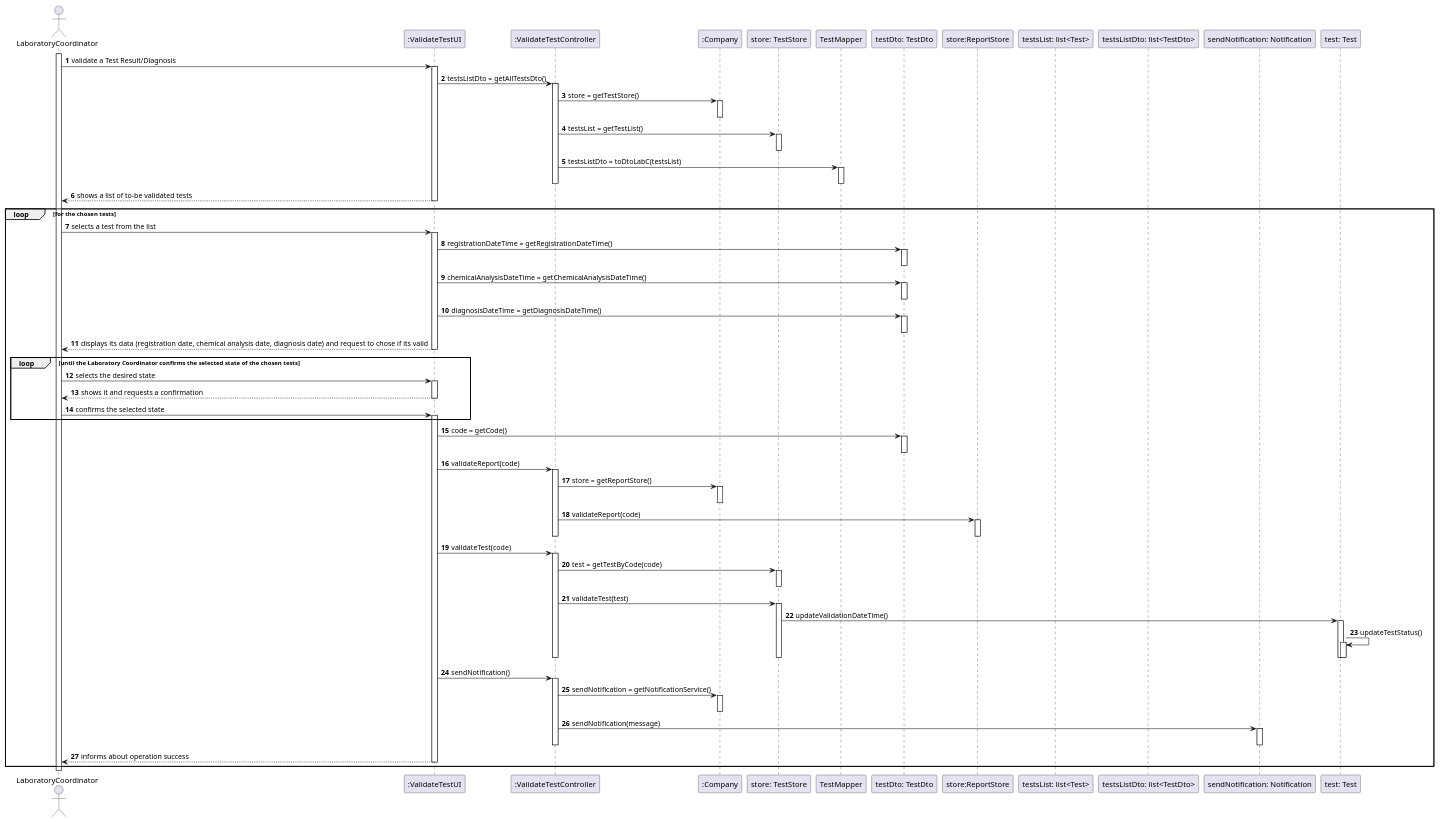
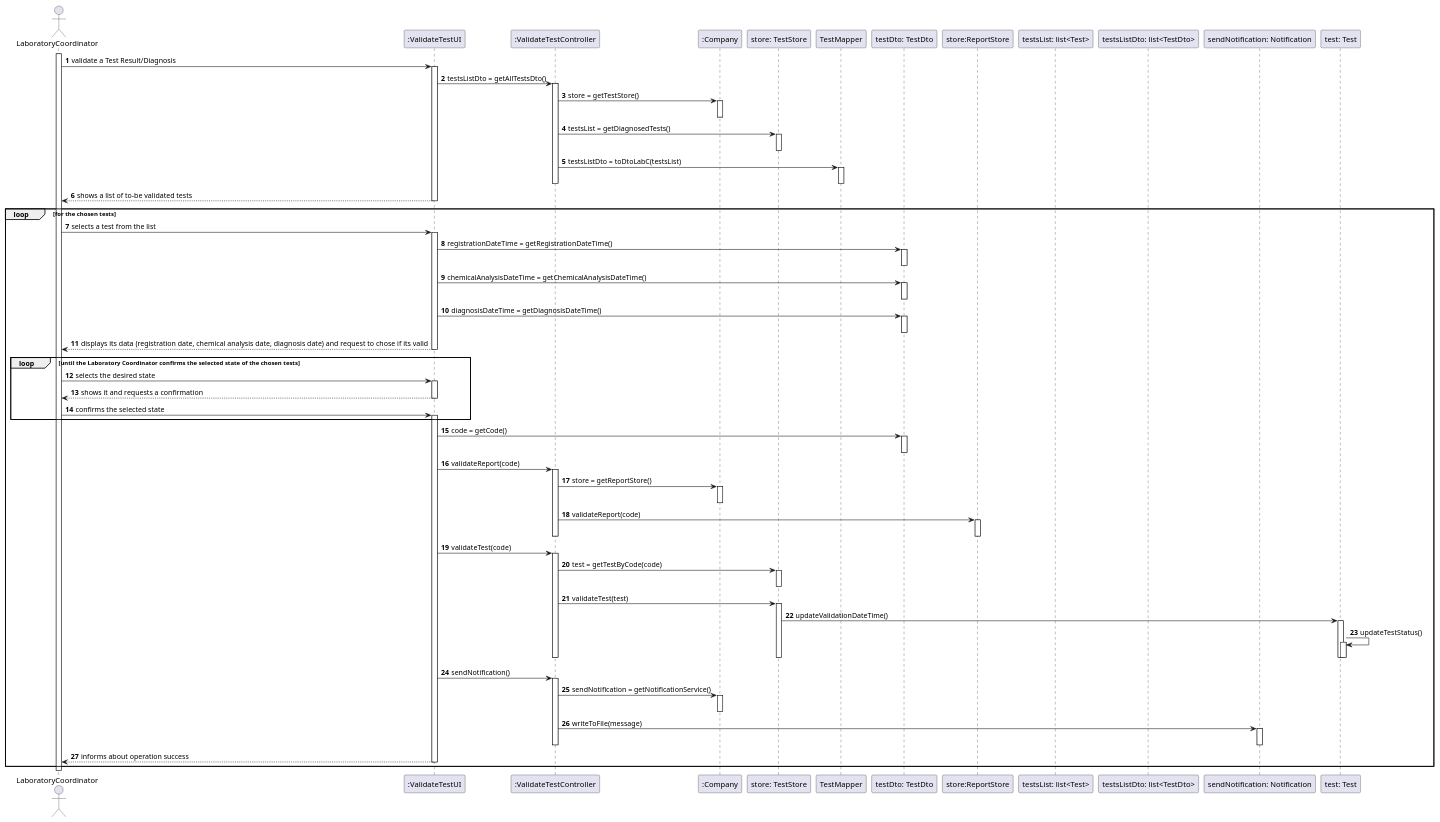
Before and after one commit to 0franciscor/lei-21-s2-1de-g19: the diagram in docs/SprintC/US15/US15-SD.puml, drawn with PlantUML. The commit also changed 8 other files, not shown here.

Commit message:
[US15] - Acréscimo de conteúdos nas classes TestStore, TestMapper, TestStoreTest.

```diff
--- a/docs/SprintC/US15/US15-SD.puml
+++ b/docs/SprintC/US15/US15-SD.puml
@@ -1,154 +1,154 @@
 @startuml
 autonumber
 
 actor "LaboratoryCoordinator" as labC
 activate labC
 
 participant ":ValidateTestUI" as validateTestUI
 participant ":ValidateTestController" as validateTestCont
 participant ":Company" as comp
 participant "store: TestStore" as TestStore
 participant "TestMapper" as TestMapper
 participant "testDto: TestDto" as TestDto
 participant "store:ReportStore" as ReportStore
 participant "testsList: list<Test>" as testsList
 participant "testsListDto: list<TestDto>" as testsListDto
 participant "sendNotification: Notification" as notification
 participant "test: Test" as test
 
 
 labC -> validateTestUI : validate a Test Result/Diagnosis
 
 
 activate validateTestUI
 validateTestUI -> validateTestCont: testsListDto = getAllTestsDto()
 
 
 activate validateTestCont
 
 
 validateTestCont -> comp : store = getTestStore()
 activate comp
 deactivate comp
 
 
-validateTestCont -> TestStore : testsList = getTestList()
+validateTestCont -> TestStore : testsList = getDiagnosedTests()
 activate TestStore
 deactivate TestStore
 
 
 validateTestCont -> TestMapper : testsListDto = toDtoLabC(testsList)
 activate TestMapper
 deactivate TestMapper
 
 
 deactivate validateTestCont
 
 
 validateTestUI --> labC : shows a list of to-be validated tests
 deactivate validateTestUI
 
 
 loop for the chosen tests
 labC -> validateTestUI : selects a test from the list
 activate validateTestUI
 
 
 validateTestUI -> TestDto : registrationDateTime = getRegistrationDateTime()
 activate TestDto
 deactivate TestDto
 
 
 validateTestUI -> TestDto : chemicalAnalysisDateTime = getChemicalAnalysisDateTime()
 activate TestDto
 deactivate TestDto
 
 
 validateTestUI -> TestDto : diagnosisDateTime = getDiagnosisDateTime()
 activate TestDto
 deactivate TestDto
 
 
 validateTestUI --> labC : displays its data (registration date, chemical analysis date, diagnosis date) and request to chose if its valid
 deactivate validateTestUI
 
 
 deactivate validateTestUI
 
 
 loop until the Laboratory Coordinator confirms the selected state of the chosen tests
 labC -> validateTestUI : selects the desired state
 activate validateTestUI
 
 
 validateTestUI --> labC : shows it and requests a confirmation
 deactivate validateTestUI
 
 labC -> validateTestUI : confirms the selected state
 activate validateTestUI
 end
 
 
 validateTestUI -> TestDto : code = getCode()
 activate TestDto
 deactivate TestDto
 
 
 validateTestUI -> validateTestCont : validateReport(code)
 
 
 
 activate validateTestCont
 validateTestCont -> comp: store = getReportStore()
 activate comp
 deactivate comp
 
 
 validateTestCont -> ReportStore : validateReport(code)
 activate ReportStore
 deactivate ReportStore
 deactivate validateTestCont
 
 validateTestUI -> validateTestCont : validateTest(code)
 activate validateTestCont
 
 
 validateTestCont -> TestStore : test = getTestByCode(code)
 
 activate TestStore
 deactivate TestStore
 
 validateTestCont -> TestStore : validateTest(test)
 activate TestStore
 
 
 TestStore -> test ++: updateValidationDateTime()
 
 
 test -> test ++: updateTestStatus()
 deactivate test
 deactivate test
 deactivate TestStore
 deactivate validateTestCont
 
 validateTestUI -> validateTestCont : sendNotification()
 activate validateTestCont
 
 
 validateTestCont -> comp: sendNotification = getNotificationService()
 activate comp
 deactivate comp
 
 
-validateTestCont -> notification: sendNotification(message)
+validateTestCont -> notification: writeToFile(message)
 activate notification
 deactivate notification
 deactivate validateTestCont
 
 
 validateTestUI --> labC : informs about operation success
 deactivate validateTestCont
 deactivate validateTestUI
 
 end
 @enduml
```
